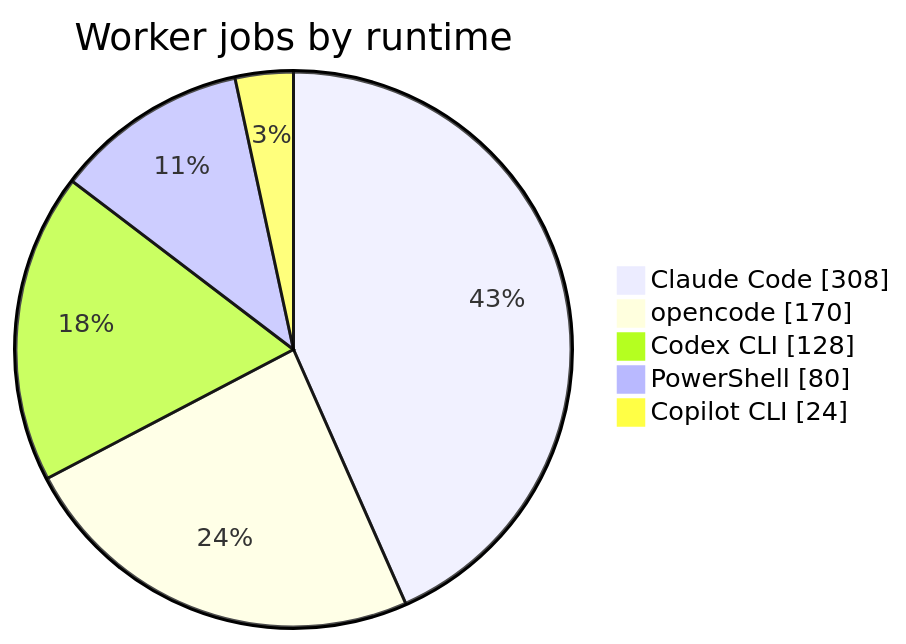
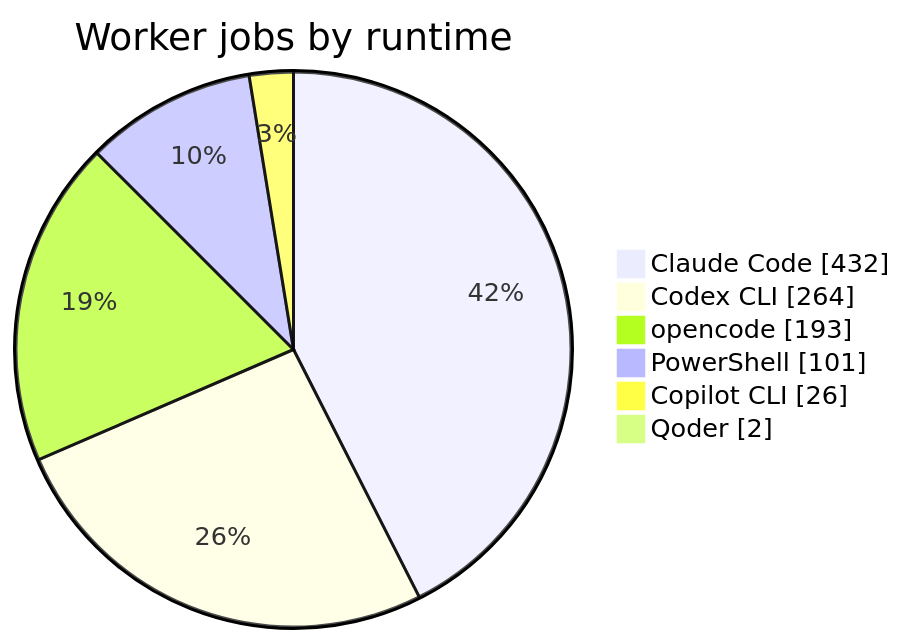
One commit to pavelbender/longshot-wip changed the ninth of 10 diagrams in README.md. Above: the diagram before and after it, drawn with Mermaid. The commit also changed other lines of this file and 1 other file, not shown here.

````diff
--- a/README.md
+++ b/README.md
@@ -171,8 +998,9 @@
 ```mermaid
 pie showData title Worker jobs by runtime
-    "Claude Code" : 308
-    "opencode" : 170
-    "Codex CLI" : 128
-    "PowerShell" : 80
-    "Copilot CLI" : 24
+    "Claude Code" : 432
+    "Codex CLI" : 264
+    "opencode" : 193
+    "PowerShell" : 101
+    "Copilot CLI" : 26
+    "Qoder" : 2
 ```
````
